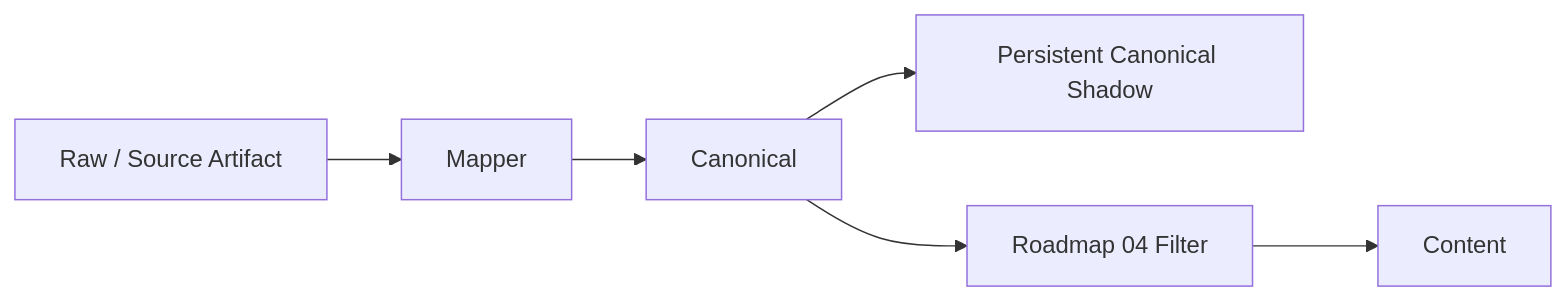
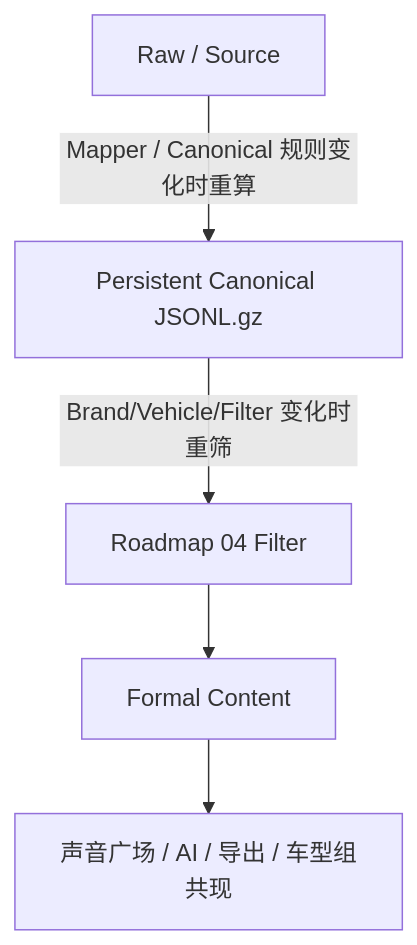
The third of 3 diagrams in docs/roadmap/05_可重放数据底座与监测重分类实施路线.md (dingyuwen777/AIMA_UGC), drawn with Mermaid before and after one commit. The commit also changed other lines of this file, not shown here.

Commit message:
文档：收敛 Roadmap 05 为 Canonical 持久化与重放

````diff
--- a/docs/roadmap/05_可重放数据底座与监测重分类实施路线.md
+++ b/docs/roadmap/05_可重放数据底座与监测重分类实施路线.md
@@ -899,8 +906,7 @@
 ```mermaid
-flowchart LR
-    A[Raw / Source Artifact] --> B[Mapper]
-    B --> C[Canonical]
-    C --> D[Persistent Canonical Shadow]
-    C --> E[Roadmap 04 Filter]
-    E --> F[Content]
+flowchart TD
+    A[Raw / Source] -->|Mapper / Canonical 规则变化时重算| B[Persistent Canonical JSONL.gz]
+    B -->|Brand/Vehicle/Filter 变化时重筛| C[Roadmap 04 Filter]
+    C --> D[Formal Content]
+    D --> E[声音广场 / AI / 导出 / 车型组共现]
 ```
````
